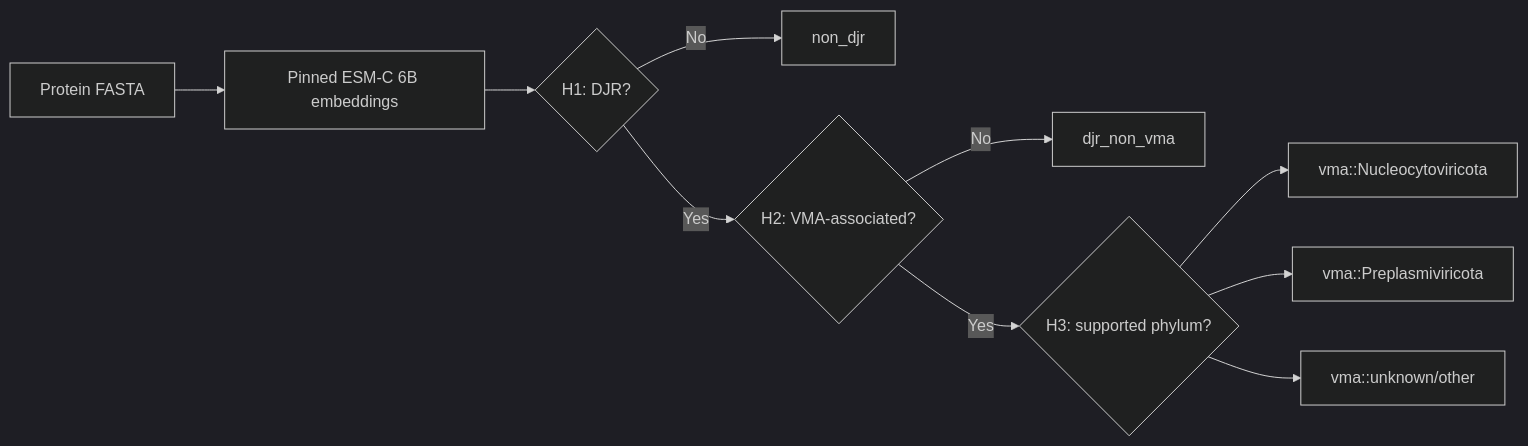
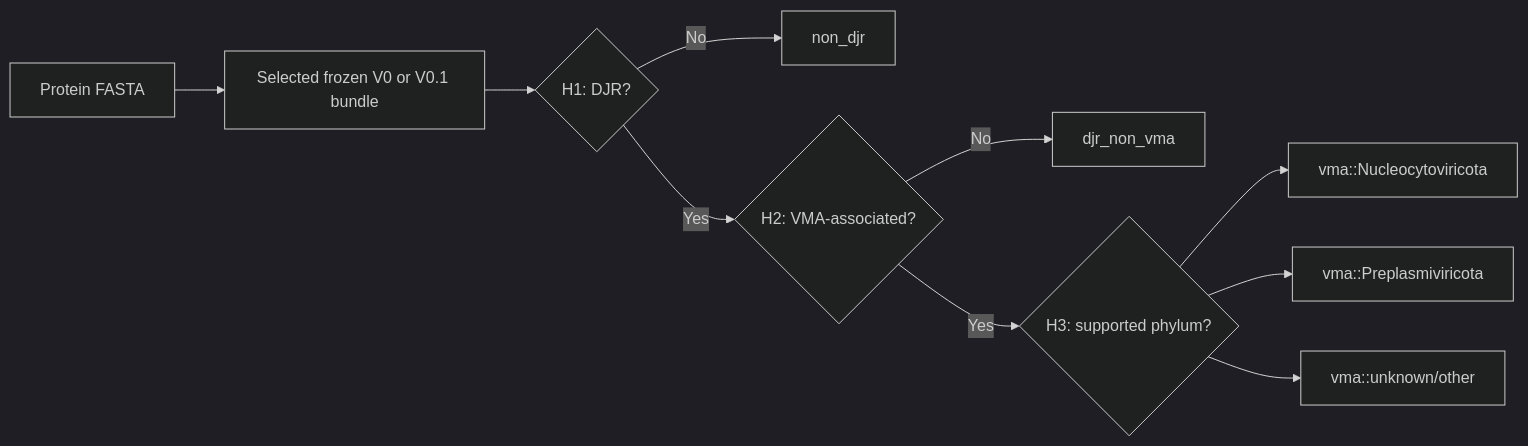
The diagram in README.md (Hongda-Zhao/DJR-MCP-Finder), drawn with Mermaid (dark theme) before and after one commit. The commit also changed other lines of this file and 15 other files, not shown here.

````diff
--- a/README.md
+++ b/README.md
@@ -21,12 +30,12 @@
 ```mermaid
 flowchart LR
-    A["Protein FASTA"] --> B["Pinned ESM-C 6B embeddings"]
+    A["Protein FASTA"] --> B["Selected frozen V0 or V0.1 bundle"]
     B --> H1{"H1: DJR?"}
     H1 -- "No" --> N["non_djr"]
     H1 -- "Yes" --> H2{"H2: VMA-associated?"}
     H2 -- "No" --> D["djr_non_vma"]
     H2 -- "Yes" --> H3{"H3: supported phylum?"}
     H3 --> P1["vma::Nucleocytoviricota"]
     H3 --> P2["vma::Preplasmiviricota"]
     H3 --> U["vma::unknown/other"]
 ```
````
